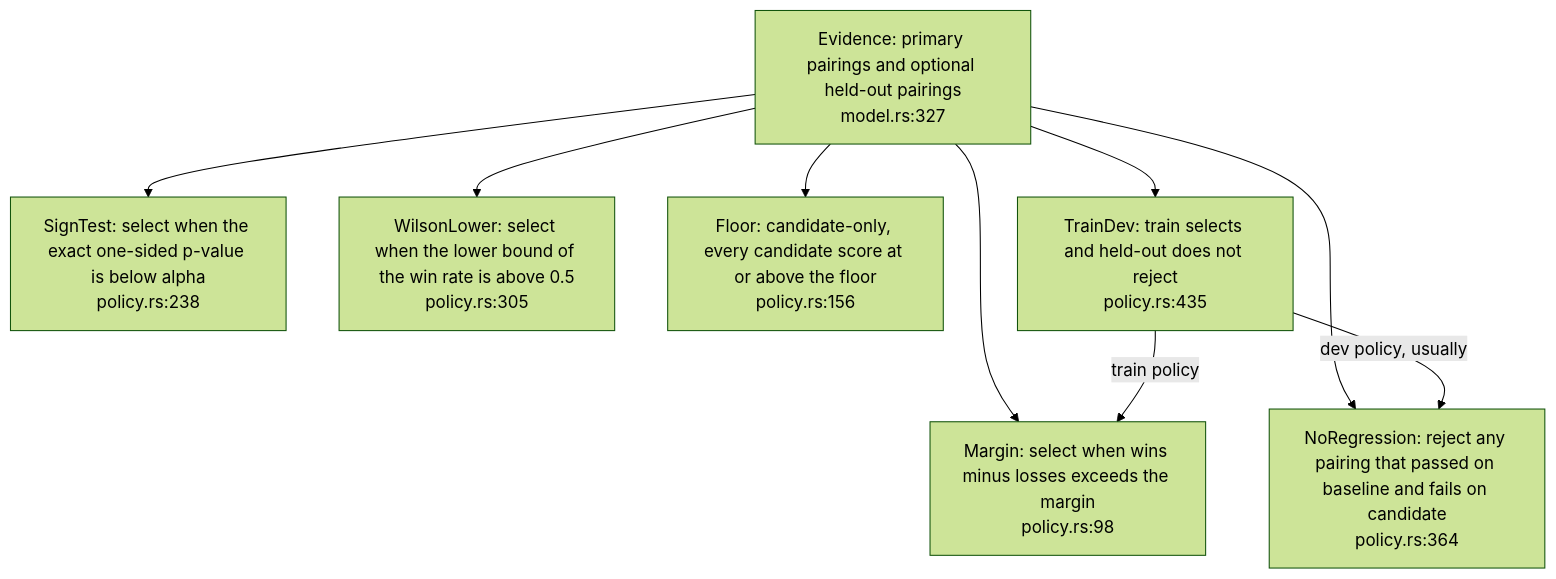
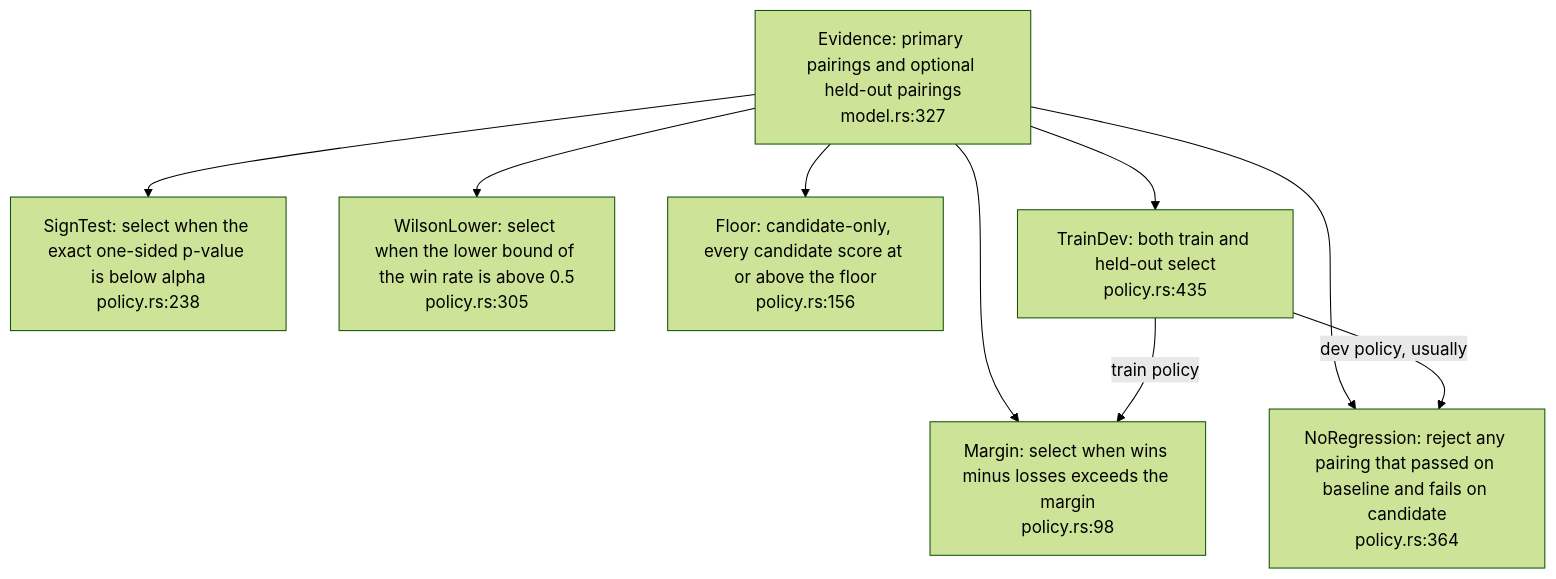
The second of 3 diagrams in docs/diagrams/selection/01-pairwise-policies-and-the-fault-mapping.md (DreamLab-AI/dream-engine), drawn with Mermaid (forest theme) before and after one commit. The commit also changed other lines of this file and 11 other files, not shown here.

Commit message:
docs: reconcile all dream-engine diagrams with current source contracts

````diff
--- a/docs/diagrams/selection/01-pairwise-policies-and-the-fault-mapping.md
+++ b/docs/diagrams/selection/01-pairwise-policies-and-the-fault-mapping.md
@@ -66,11 +65,11 @@
 ```mermaid
 flowchart TB
     EV["Evidence: primary pairings and optional held-out pairings<br/>model.rs:327"] --> M["Margin: select when wins minus losses exceeds the margin<br/>policy.rs:98"]
     EV --> SG["SignTest: select when the exact one-sided p-value is below alpha<br/>policy.rs:238"]
     EV --> WL["WilsonLower: select when the lower bound of the win rate is above 0.5<br/>policy.rs:305"]
     EV --> NR["NoRegression: reject any pairing that passed on baseline and fails on candidate<br/>policy.rs:364"]
     EV --> FL["Floor: candidate-only, every candidate score at or above the floor<br/>policy.rs:156"]
-    EV --> TD["TrainDev: train selects and held-out does not reject<br/>policy.rs:435"]
+    EV --> TD["TrainDev: both train and held-out select<br/>policy.rs:435"]
     TD -->|"train policy"| M
     TD -->|"dev policy, usually"| NR
 ```
````
